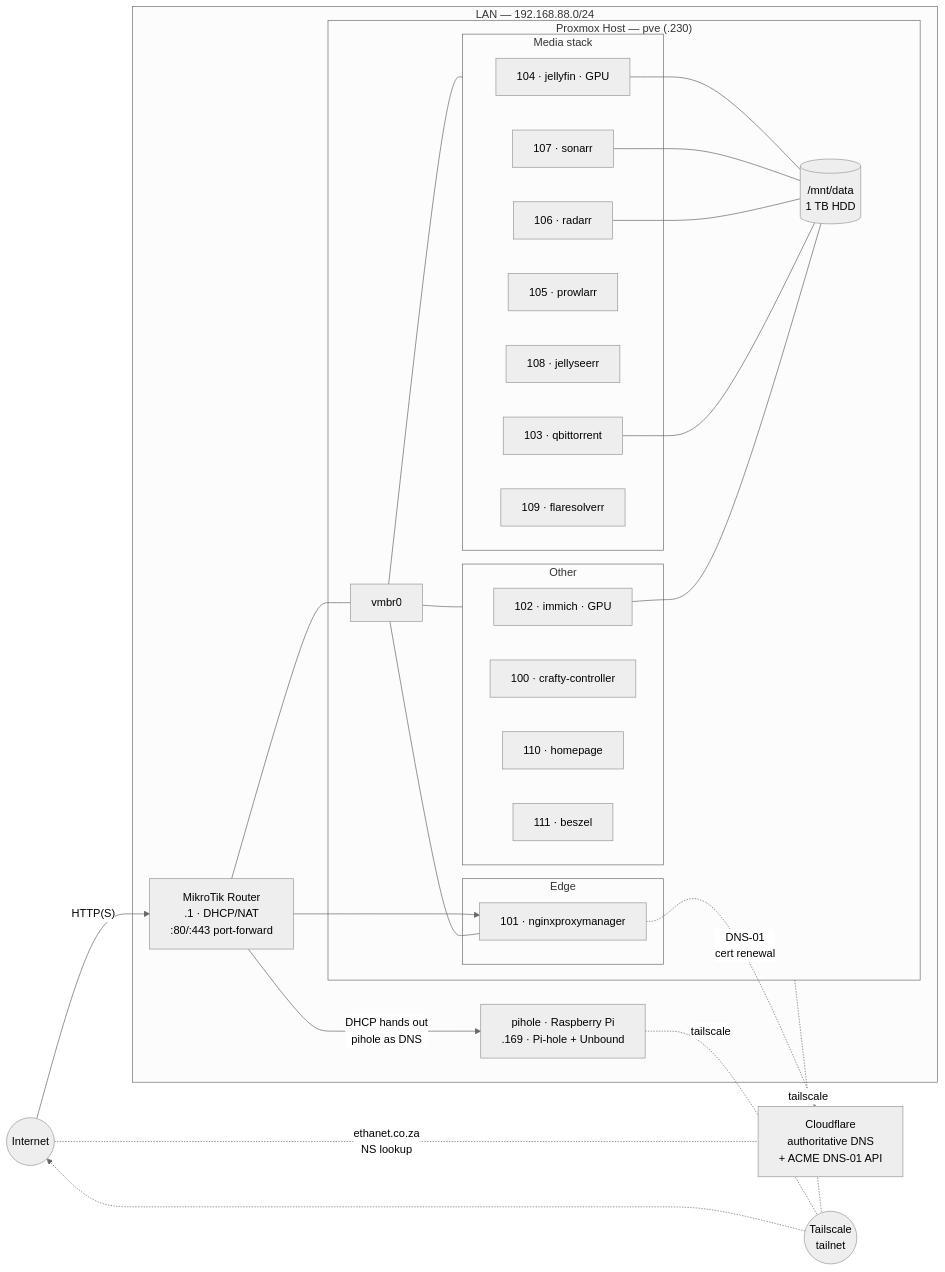
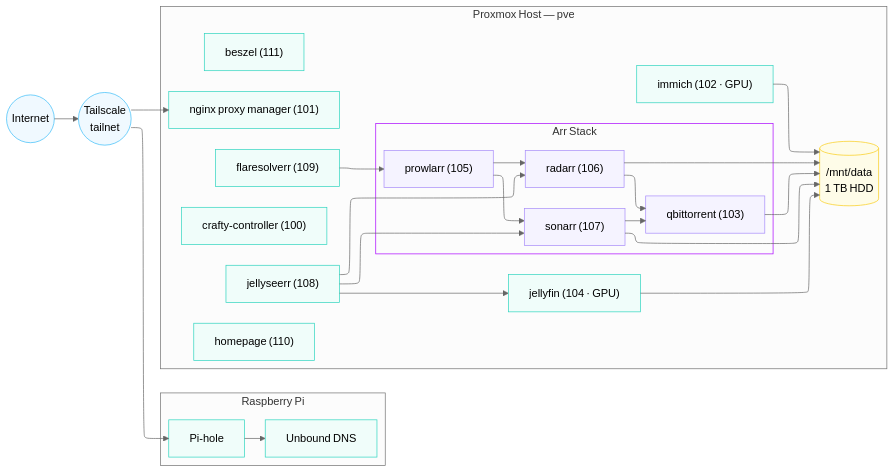
One commit to EthanFavis/Ethanet changed the diagram in diagrams/network.mmd. Above: the diagram before and after it, drawn with Mermaid (neutral theme).

Commit message:
Simplify network diagram for readability
Restructure as Internet → Tailscale → Pi + Proxmox, drop router and
Cloudflare nodes, split Pi-hole/Unbound, and group the *arr stack.
Switch to elk layout with classDef styling.

```diff
--- a/diagrams/network.mmd
+++ b/diagrams/network.mmd
@@ -1,51 +1,62 @@
-%% Topology overview — rendered in README.md
+---
+config:
+  layout: elk
+---
 flowchart LR
-    Internet((Internet))
-    CF[Cloudflare<br/>authoritative DNS<br/>+ ACME DNS-01 API]
+ subgraph Pi["Raspberry Pi"]
+        Pihole["Pi‑hole"]
+        Unbound["Unbound DNS"]
+  end
+ subgraph ARR["Arr Stack"]
+        Prowlarr["prowlarr (105)"]
+        Radarr["radarr (106)"]
+        Sonarr["sonarr (107)"]
+        QB["qbittorrent (103)"]
+  end
+ subgraph PVE["Proxmox Host — pve"]
+        Homepage["homepage (110)"]
+        NPM["nginx proxy manager (101)"]
+        Crafty["crafty‑controller (100)"]
+        Beszel["beszel (111)"]
+        Flare["flaresolverr (109)"]
+        ARR
+        Seerr["jellyseerr (108)"]
+        Jellyfin["jellyfin (104 · GPU)"]
+        Immich["immich (102 · GPU)"]
+        Storage[("/mnt/data<br>1 TB HDD")]
+  end
+    Internet(("Internet")) --> Tailnet(("Tailscale<br>tailnet"))
+    Pihole --> Unbound
+    Prowlarr --> Radarr & Sonarr
+    Radarr --> QB & Storage
+    Sonarr --> QB & Storage
+    Tailnet --> Pihole & NPM
+    Flare --> Prowlarr
+    Seerr --> Radarr & Sonarr & Jellyfin
+    QB --> Storage
+    Jellyfin --> Storage
+    Immich --> Storage
 
-    subgraph LAN["LAN — 192.168.88.0/24"]
-        Router[MikroTik Router<br/>.1 · DHCP/NAT<br/>:80/:443 port-forward]
-        Pihole[pihole · Raspberry Pi<br/>.169 · Pi-hole + Unbound]
-
-        subgraph PVE["Proxmox Host — pve (.230)"]
-            Bridge[vmbr0]
-
-            subgraph Edge["Edge"]
-                NPM[101 · nginxproxymanager]
-            end
-
-            subgraph Media["Media stack"]
-                Jellyfin[104 · jellyfin · GPU]
-                Sonarr[107 · sonarr]
-                Radarr[106 · radarr]
-                Prowlarr[105 · prowlarr]
-                Seerr[108 · jellyseerr]
-                QB[103 · qbittorrent]
-                Flare[109 · flaresolverr]
-            end
-
-            subgraph Other["Other"]
-                Immich[102 · immich · GPU]
-                Crafty[100 · crafty-controller]
-                Homepage[110 · homepage]
-                Beszel[111 · beszel]
-            end
-
-            Storage[(/mnt/data<br/>1 TB HDD)]
-        end
-    end
-
-    Tailnet((Tailscale<br/>tailnet))
-
-    Internet -- "HTTP(S)" --> Router --> NPM
-    Router -- "DHCP hands out<br/>pihole as DNS" --> Pihole
-    Router --- Bridge
-    Bridge --- NPM & Media & Other
-    Jellyfin & Sonarr & Radarr & QB & Immich --- Storage
-
-    NPM -. "DNS-01<br/>cert renewal" .-> CF
-    Internet -. "ethanet.co.za<br/>NS lookup" .- CF
-
-    Pihole -.tailscale.- Tailnet
-    PVE -.tailscale.- Tailnet
-    Tailnet -.-> Internet
+     Internet:::network
+     Tailnet:::network
+     Pihole:::service
+     Unbound:::service
+     Homepage:::service
+     NPM:::service
+     Crafty:::service
+     Beszel:::service
+     Flare:::service
+     Prowlarr:::media
+     Radarr:::media
+     Sonarr:::media
+     QB:::media
+     Seerr:::service
+     Jellyfin:::service
+     Immich:::service
+     Storage:::storage
+    classDef infra stroke:#818cf8,fill:#eef2ff
+    classDef service stroke:#2dd4bf,fill:#f0fdfa
+    classDef storage stroke:#facc15,fill:#fefce8
+    classDef network stroke:#38bdf8,fill:#f0f9ff
+    classDef media stroke:#a78bfa,fill:#f5f3ff
+    style ARR stroke:#AA00FF
```
